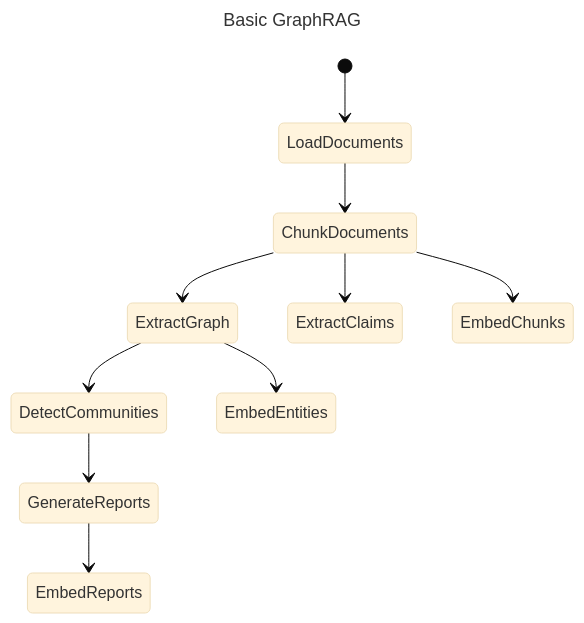
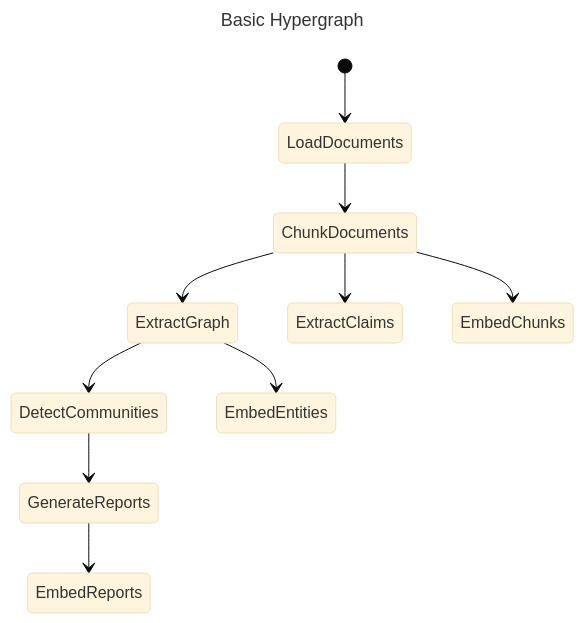
Before and after one commit to censeus/hypergraph: the diagram in docs/index/architecture.md, drawn with Mermaid (base theme). The commit also changed other lines of this file and 920 other files, not shown here.

````diff
--- a/docs/index/architecture.md
+++ b/docs/index/architecture.md
@@ -14,15 +14,15 @@
 ```mermaid
 ---
-title: Basic GraphRAG
+title: Basic Hypergraph
 ---
 stateDiagram-v2
     [*] --> LoadDocuments
     LoadDocuments --> ChunkDocuments
     ChunkDocuments --> ExtractGraph
     ChunkDocuments --> ExtractClaims
     ChunkDocuments --> EmbedChunks
     ExtractGraph --> DetectCommunities
     ExtractGraph --> EmbedEntities
     DetectCommunities --> GenerateReports
     GenerateReports --> EmbedReports
 ```
````
